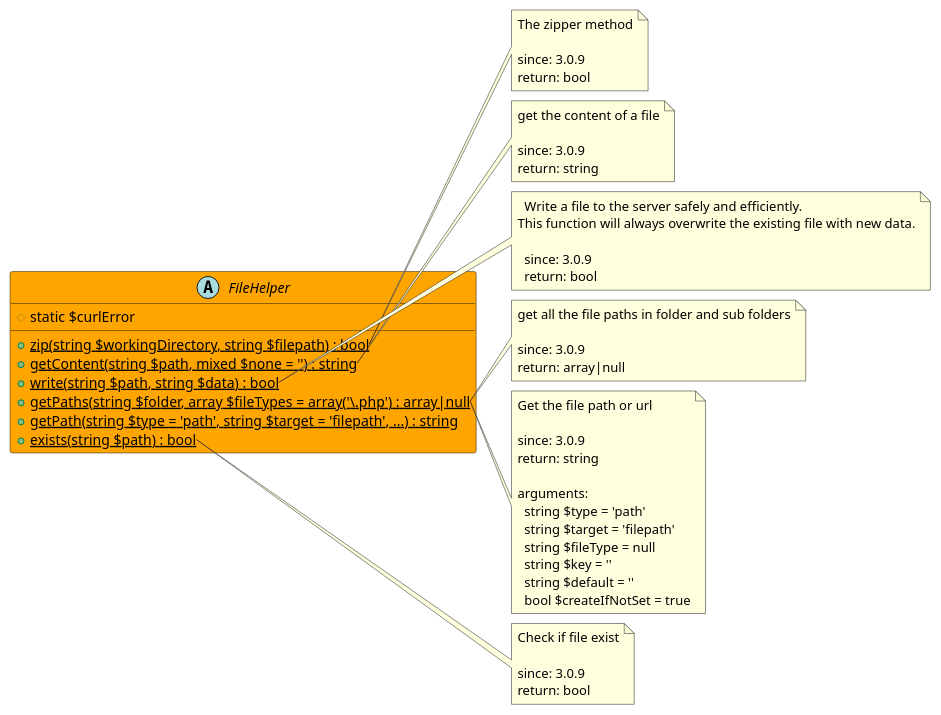
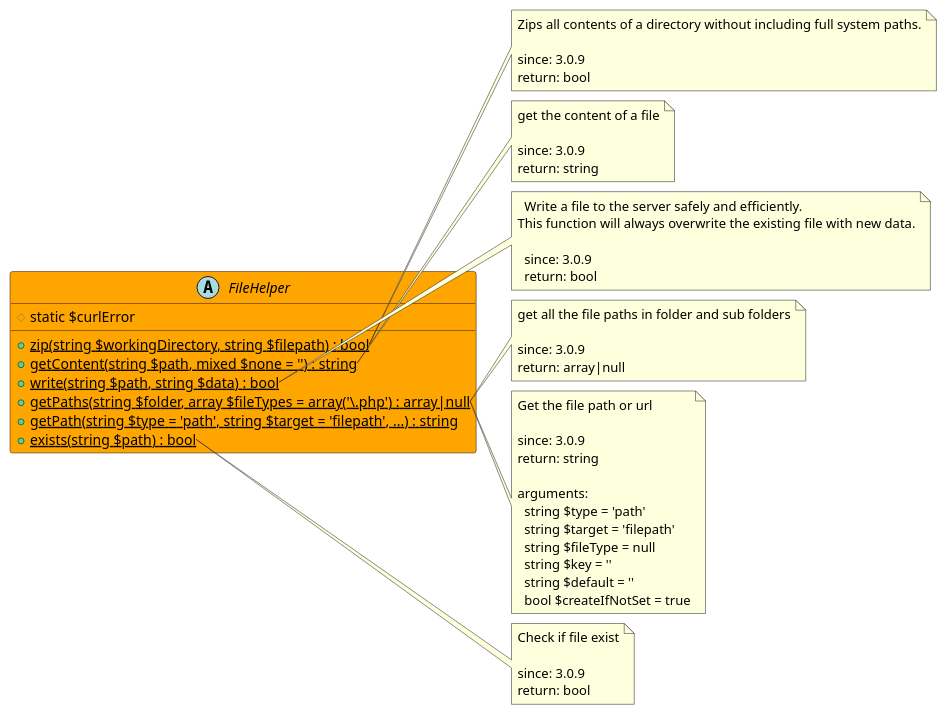
One commit to joomengine/super-powers changed the diagram in src/a223b31e-ea1d-4cdf-92ae-5f9becffaff0/README.md. Above: the diagram before and after it, drawn with PlantUML. The commit also changed other lines of this file and 238 other files, not shown here.

````diff
--- a/src/a223b31e-ea1d-4cdf-92ae-5f9becffaff0/README.md
+++ b/src/a223b31e-ea1d-4cdf-92ae-5f9becffaff0/README.md
@@ -12,65 +5,66 @@
 ```uml
 @startuml
+
 abstract FileHelper  #Orange {
   # static $curlError
   + {static} zip(string $workingDirectory, string $filepath) : bool
   + {static} getContent(string $path, mixed $none = '') : string
   + {static} write(string $path, string $data) : bool
   + {static} getPaths(string $folder, array $fileTypes = array('\.php') : array|null
   + {static} getPath(string $type = 'path', string $target = 'filepath', ...) : string
   + {static} exists(string $path) : bool
 }
 
 note right of FileHelper::zip
-  The zipper method
+  Zips all contents of a directory without including full system paths.
 
   since: 3.0.9
   return: bool
 end note
 
 note right of FileHelper::getContent
   get the content of a file
 
   since: 3.0.9
   return: string
 end note
 
 note right of FileHelper::write
   Write a file to the server safely and efficiently.
 This function will always overwrite the existing file with new data.
 
   since: 3.0.9
   return: bool
 end note
 
 note right of FileHelper::getPaths
   get all the file paths in folder and sub folders
 
   since: 3.0.9
   return: array|null
 end note
 
 note right of FileHelper::getPath
   Get the file path or url
 
   since: 3.0.9
   return: string
   
   arguments:
     string $type = 'path'
     string $target = 'filepath'
     string $fileType = null
     string $key = ''
     string $default = ''
     bool $createIfNotSet = true
 end note
 
 note right of FileHelper::exists
   Check if file exist
 
   since: 3.0.9
   return: bool
 end note
- 
+
 @enduml
 ```
````
